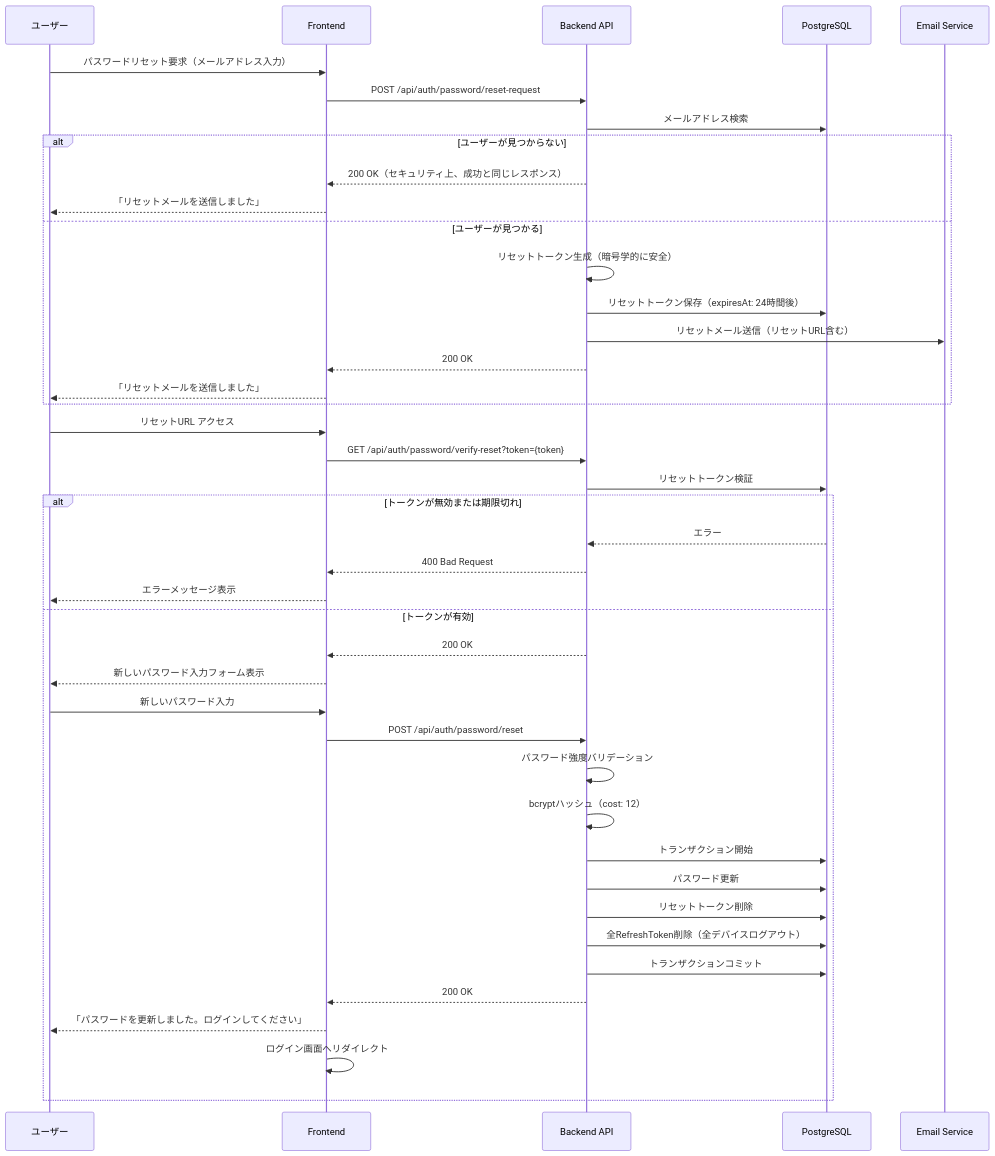
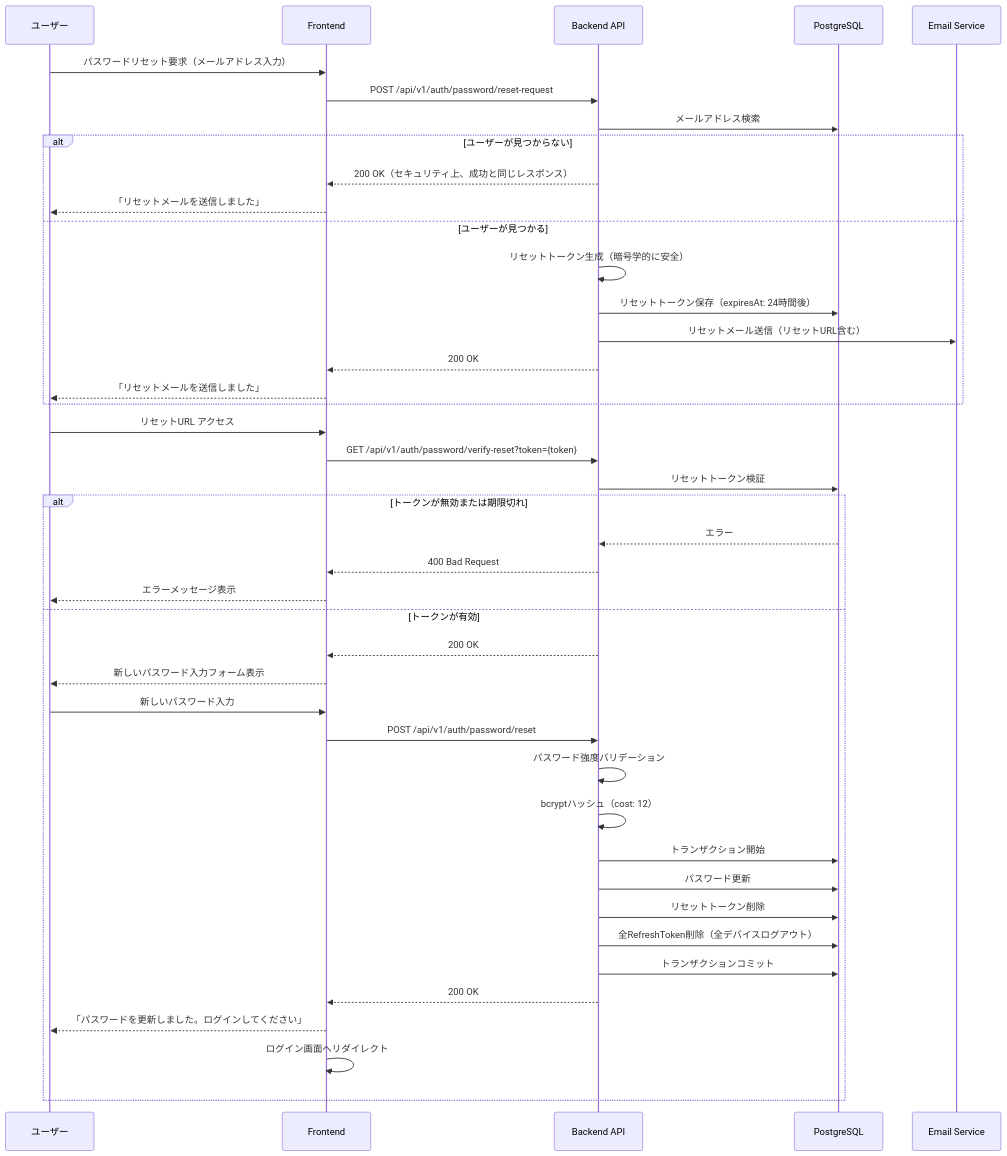
One commit to inakanou/ArchiTrack changed the seventh of 12 diagrams in .kiro/specs/user-authentication/design.md. Above: the diagram before and after it, drawn with Mermaid. The commit also changed other lines of this file and 1 other file, not shown here.

````diff
--- a/.kiro/specs/user-authentication/design.md
+++ b/.kiro/specs/user-authentication/design.md
@@ -441,47 +606,47 @@
 ```mermaid
 sequenceDiagram
     participant User as ユーザー
     participant Frontend as Frontend
     participant Backend as Backend API
     participant DB as PostgreSQL
     participant Email as Email Service
 
     User->>Frontend: パスワードリセット要求（メールアドレス入力）
-    Frontend->>Backend: POST /api/auth/password/reset-request
+    Frontend->>Backend: POST /api/v1/auth/password/reset-request
     Backend->>DB: メールアドレス検索
     alt ユーザーが見つからない
         Backend-->>Frontend: 200 OK（セキュリティ上、成功と同じレスポンス）
         Frontend-->>User: 「リセットメールを送信しました」
     else ユーザーが見つかる
         Backend->>Backend: リセットトークン生成（暗号学的に安全）
         Backend->>DB: リセットトークン保存（expiresAt: 24時間後）
         Backend->>Email: リセットメール送信（リセットURL含む）
         Backend-->>Frontend: 200 OK
         Frontend-->>User: 「リセットメールを送信しました」
     end
 
     User->>Frontend: リセットURL アクセス
-    Frontend->>Backend: GET /api/auth/password/verify-reset?token={token}
+    Frontend->>Backend: GET /api/v1/auth/password/verify-reset?token={token}
     Backend->>DB: リセットトークン検証
     alt トークンが無効または期限切れ
         DB-->>Backend: エラー
         Backend-->>Frontend: 400 Bad Request
         Frontend-->>User: エラーメッセージ表示
     else トークンが有効
         Backend-->>Frontend: 200 OK
         Frontend-->>User: 新しいパスワード入力フォーム表示
 
         User->>Frontend: 新しいパスワード入力
-        Frontend->>Backend: POST /api/auth/password/reset
+        Frontend->>Backend: POST /api/v1/auth/password/reset
         Backend->>Backend: パスワード強度バリデーション
         Backend->>Backend: bcryptハッシュ（cost: 12）
         Backend->>DB: トランザクション開始
         Backend->>DB: パスワード更新
         Backend->>DB: リセットトークン削除
         Backend->>DB: 全RefreshToken削除（全デバイスログアウト）
         Backend->>DB: トランザクションコミット
         Backend-->>Frontend: 200 OK
         Frontend-->>User: 「パスワードを更新しました。ログインしてください」
         Frontend->>Frontend: ログイン画面へリダイレクト
     end
 ```
````
